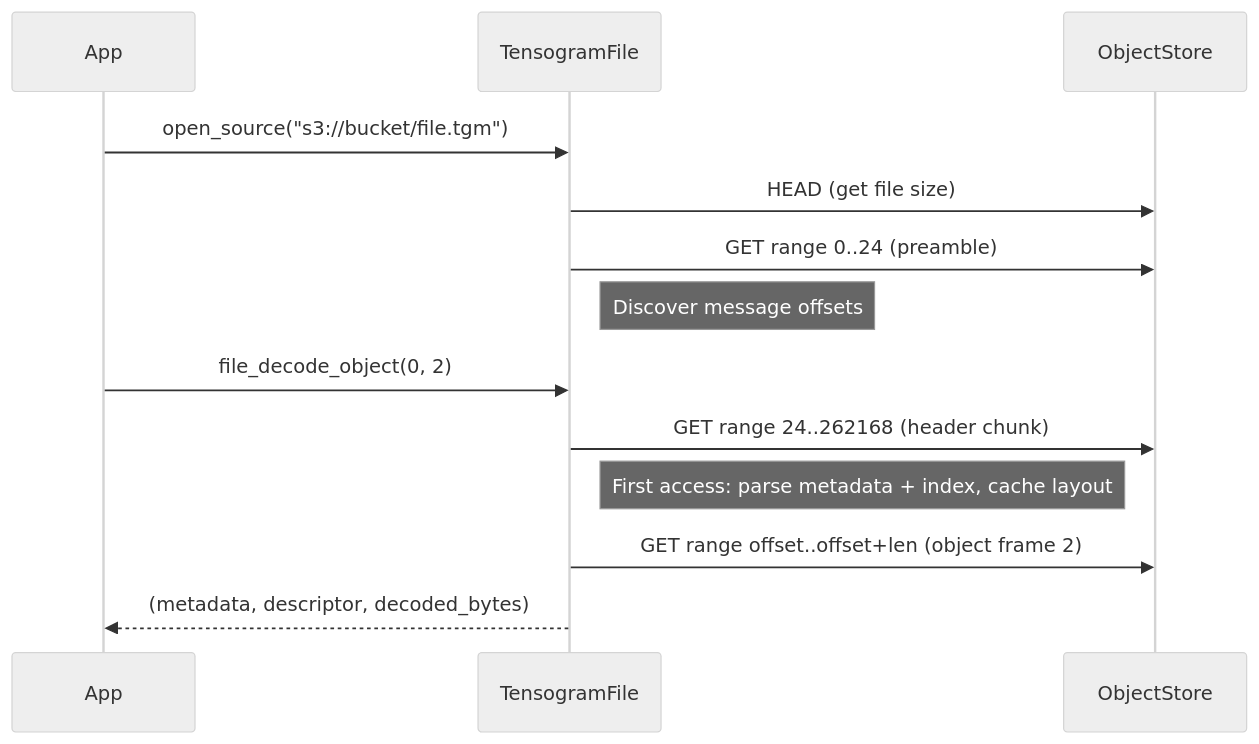
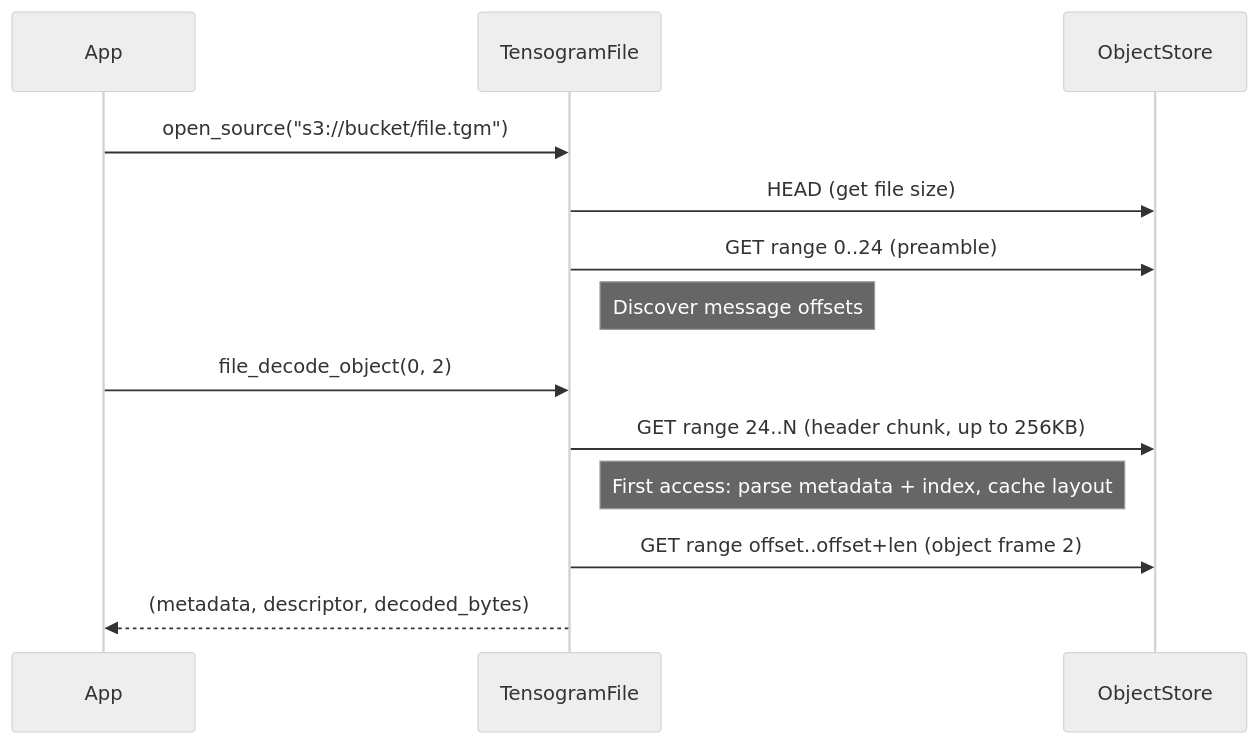
Before and after one commit to ecmwf/tensogram: the diagram in docs/src/guide/remote-access.md, drawn with Mermaid (neutral theme). The commit also changed 1 other file, not shown here.

Commit message:
fix: add bounds check to read_message, deduplicate descriptor validation, remove dead code

````diff
--- a/docs/src/guide/remote-access.md
+++ b/docs/src/guide/remote-access.md
@@ -99,17 +99,17 @@
 ```mermaid
 sequenceDiagram
     participant App
     participant TensogramFile
     participant ObjectStore
 
     App->>TensogramFile: open_source("s3://bucket/file.tgm")
     TensogramFile->>ObjectStore: HEAD (get file size)
     TensogramFile->>ObjectStore: GET range 0..24 (preamble)
     Note right of TensogramFile: Discover message offsets
 
     App->>TensogramFile: file_decode_object(0, 2)
-    TensogramFile->>ObjectStore: GET range 24..262168 (header chunk)
+    TensogramFile->>ObjectStore: GET range 24..N (header chunk, up to 256KB)
     Note right of TensogramFile: First access: parse metadata + index, cache layout
     TensogramFile->>ObjectStore: GET range offset..offset+len (object frame 2)
     TensogramFile-->>App: (metadata, descriptor, decoded_bytes)
 ```
````
